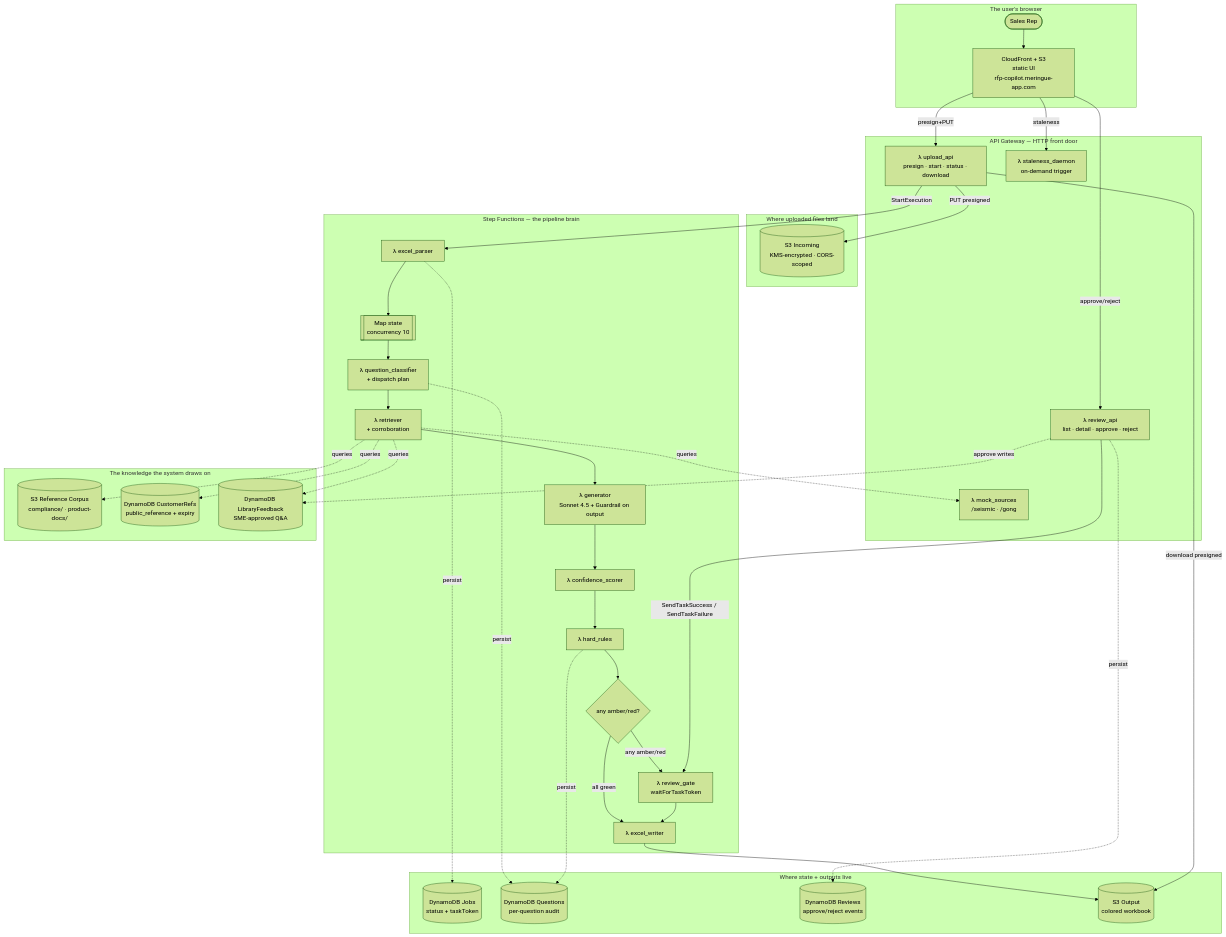
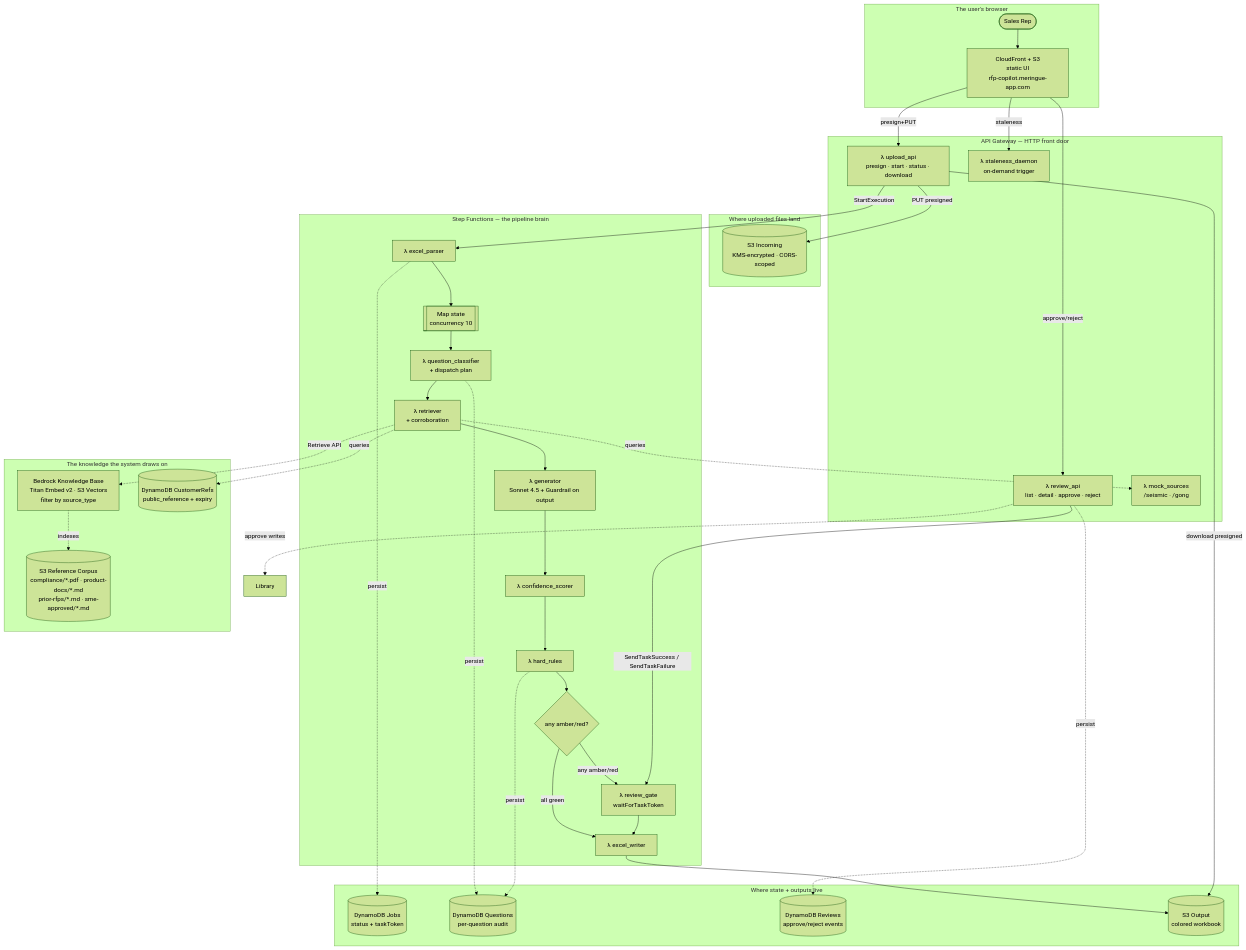
Before and after one commit to harsharao85/rfp-copilot: the first of 6 diagrams in docs/architecture.md, drawn with Mermaid (forest theme). The commit also changed other lines of this file and 75 other files, not shown here.

First line of the commit message:
Refactor retrieval to Bedrock Knowledge Base + S3 Vectors

````diff
--- a/docs/architecture.md
+++ b/docs/architecture.md
@@ -66,70 +68,70 @@
 ```mermaid
 flowchart TB
     subgraph User["The user's browser"]
         Rep([Sales Rep])
         CF[CloudFront + S3<br/>static UI<br/>rfp-copilot.meringue-app.com]
     end
 
     subgraph APIs["API Gateway — HTTP front door"]
         UploadAPI[λ upload_api<br/>presign · start · status · download]
         ReviewAPI[λ review_api<br/>list · detail · approve · reject]
         MockAPI[λ mock_sources<br/>/seismic · /gong]
         StalenessAPI[λ staleness_daemon<br/>on-demand trigger]
     end
 
     subgraph Ingest["Where uploaded files land"]
         S3In[(S3 Incoming<br/>KMS-encrypted · CORS-scoped)]
     end
 
     subgraph Orchestration["Step Functions — the pipeline brain"]
         Parser[λ excel_parser]
         Map[[Map state<br/>concurrency 10]]
         Classify[λ question_classifier<br/>+ dispatch plan]
         Retrieve[λ retriever<br/>+ corroboration]
         Generate[λ generator<br/>Sonnet 4.5 + Guardrail on output]
         Score[λ confidence_scorer]
         Rules[λ hard_rules]
         Gate{any amber/red?}
         ReviewGate[λ review_gate<br/>waitForTaskToken]
         Writer[λ excel_writer]
     end
 
     subgraph Sources["The knowledge the system draws on"]
-        RefCorpus[(S3 Reference Corpus<br/>compliance/ · product-docs/)]
+        KB[Bedrock Knowledge Base<br/>Titan Embed v2 · S3 Vectors<br/>filter by source_type]
+        RefCorpus[(S3 Reference Corpus<br/>compliance/*.pdf · product-docs/*.md<br/>prior-rfps/*.md · sme-approved/*.md)]
         CustRefs[(DynamoDB CustomerRefs<br/>public_reference + expiry)]
-        Library[(DynamoDB LibraryFeedback<br/>SME-approved Q&A)]
     end
 
     subgraph State["Where state + outputs live"]
         Jobs[(DynamoDB Jobs<br/>status + taskToken)]
         Questions[(DynamoDB Questions<br/>per-question audit)]
         Reviews[(DynamoDB Reviews<br/>approve/reject events)]
         S3Out[(S3 Output<br/>colored workbook)]
     end
 
     Rep --> CF
     CF -->|presign+PUT| UploadAPI
     CF -->|approve/reject| ReviewAPI
     CF -->|staleness| StalenessAPI
     UploadAPI -->|PUT presigned| S3In
     UploadAPI -->|StartExecution| Parser
     Parser --> Map
     Map --> Classify --> Retrieve --> Generate --> Score --> Rules
-    Retrieve -.queries.-> RefCorpus
+    Retrieve -.Retrieve API.-> KB
+    KB -.indexes.-> RefCorpus
     Retrieve -.queries.-> CustRefs
-    Retrieve -.queries.-> Library
     Retrieve -.queries.-> MockAPI
     Rules --> Gate
     Gate -->|all green| Writer
     Gate -->|any amber/red| ReviewGate
     ReviewAPI -->|SendTaskSuccess / SendTaskFailure| ReviewGate
     ReviewGate --> Writer
     ReviewAPI -.approve writes.-> Library
     Writer --> S3Out
     UploadAPI -->|download presigned| S3Out
 
     Parser -.persist.-> Jobs
     Classify -.persist.-> Questions
     Rules -.persist.-> Questions
     ReviewAPI -.persist.-> Reviews
 ```
````
